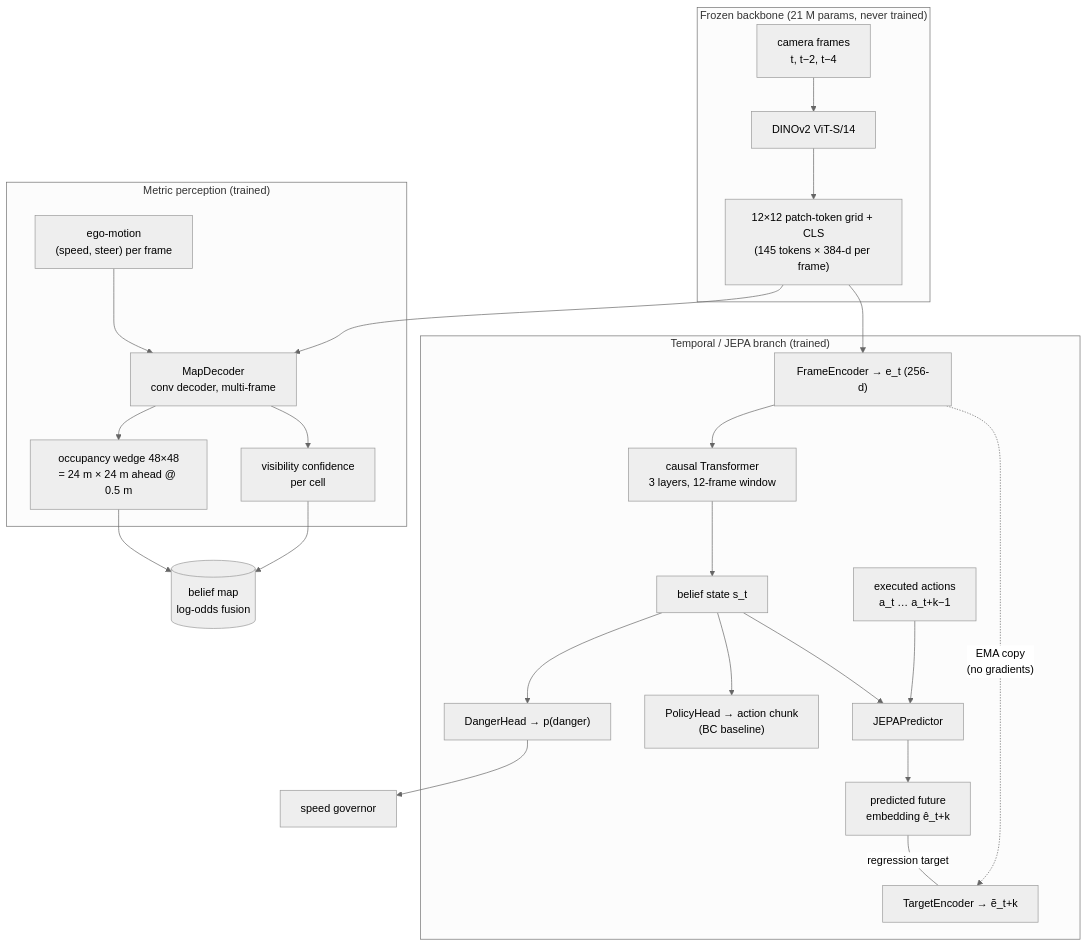
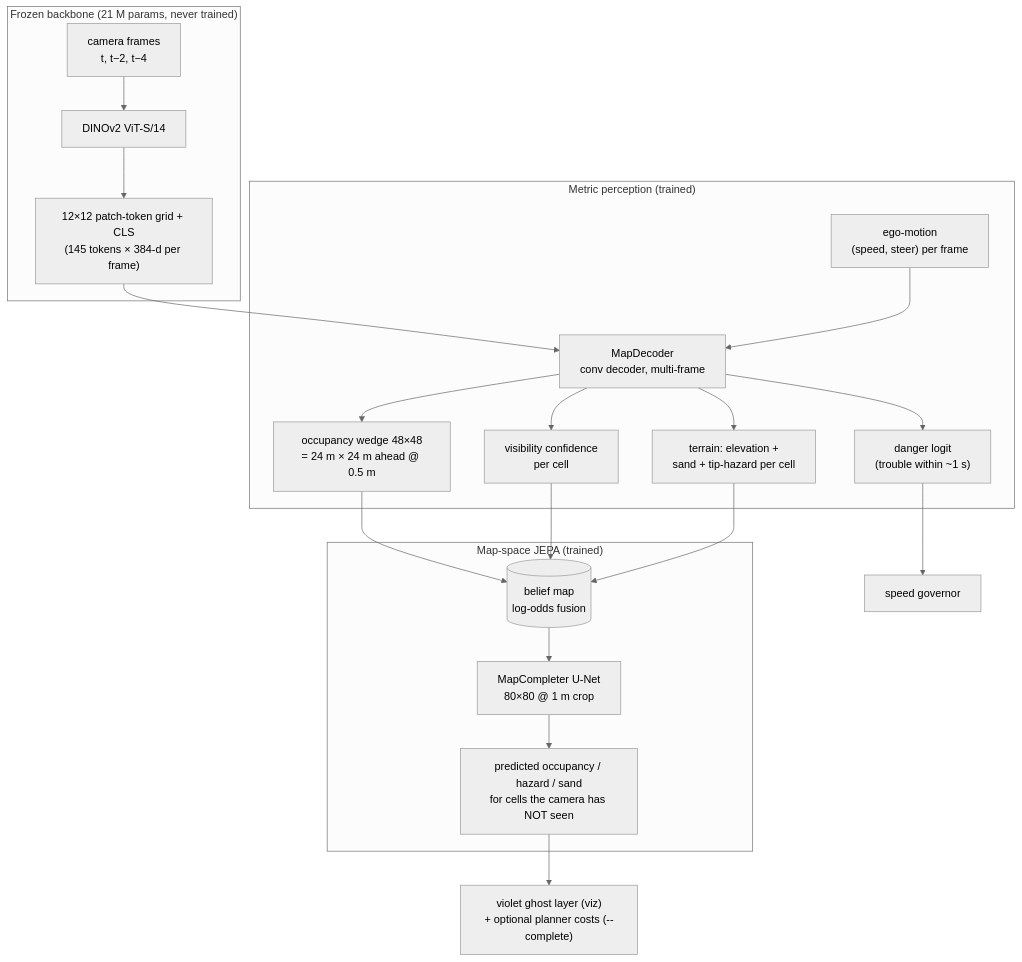
Before and after one commit to ClayJay3/DR-JEPA: the second of 7 diagrams in README.md, drawn with Mermaid (neutral theme). The commit also changed other lines of this file and 8 other files, not shown here.

````diff
--- a/README.md
+++ b/README.md
@@ -107,31 +114,27 @@
 ```mermaid
 flowchart TD
     subgraph frozen["Frozen backbone (21 M params, never trained)"]
         IMG["camera frames<br/>t, t−2, t−4"] --> DINO["DINOv2 ViT-S/14"]
         DINO --> TOK["12×12 patch-token grid + CLS<br/>(145 tokens × 384-d per frame)"]
     end
 
     subgraph perception["Metric perception (trained)"]
         TOK --> MD["MapDecoder<br/>conv decoder, multi-frame"]
         MOT["ego-motion<br/>(speed, steer) per frame"] --> MD
         MD --> OCC["occupancy wedge 48×48<br/>= 24 m × 24 m ahead @ 0.5 m"]
         MD --> VIS["visibility confidence<br/>per cell"]
+        MD --> TER["terrain: elevation +<br/>sand + tip-hazard per cell"]
+        MD --> DH["danger logit<br/>(trouble within ~1 s)"]
     end
 
-    subgraph temporal["Temporal / JEPA branch (trained)"]
-        TOK --> FE["FrameEncoder → e_t (256-d)"]
-        FE --> TR["causal Transformer<br/>3 layers, 12-frame window"]
-        TR --> S["belief state s_t"]
-        S --> DH["DangerHead → p(danger)"]
-        S --> PH["PolicyHead → action chunk<br/>(BC baseline)"]
-        S --> JP["JEPAPredictor"]
-        ACT["executed actions<br/>a_t … a_t+k−1"] --> JP
-        JP --> EHAT["predicted future<br/>embedding ê_t+k"]
-        FE -. "EMA copy<br/>(no gradients)" .-> TGT["TargetEncoder → ẽ_t+k"]
-        EHAT -- "regression target" --- TGT
+    subgraph mapjepa["Map-space JEPA (trained)"]
+        FUSE[("belief map<br/>log-odds fusion")] --> MC["MapCompleter U-Net<br/>80×80 @ 1 m crop"]
+        MC --> PRED["predicted occupancy / hazard / sand<br/>for cells the camera has NOT seen"]
     end
 
-    OCC --> FUSE[("belief map<br/>log-odds fusion")]
+    OCC --> FUSE
     VIS --> FUSE
+    TER --> FUSE
     DH --> GOV["speed governor"]
+    PRED --> GHOST["violet ghost layer (viz)<br/>+ optional planner costs (--complete)"]
 ```
````
